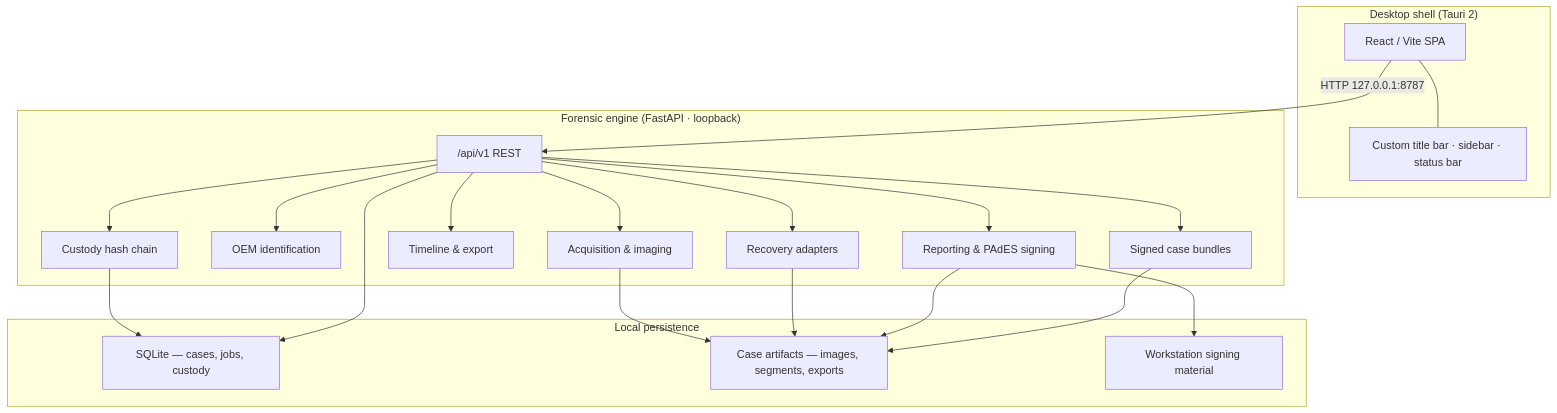
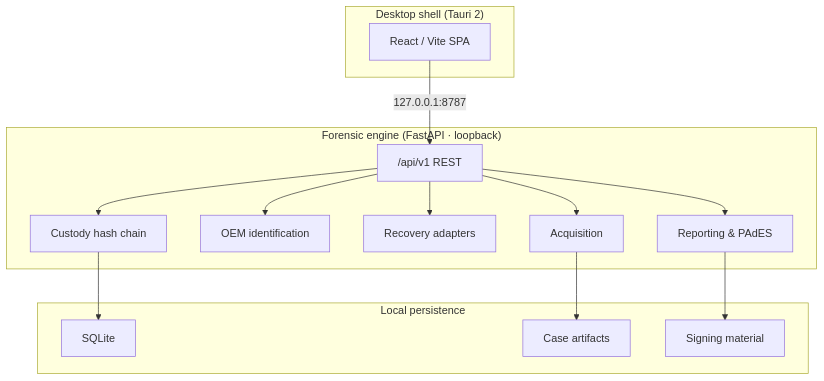
One commit to navneetxdd/Pramaan changed the diagram in README.md. Above: the diagram before and after it, drawn with Mermaid. The commit also changed other lines of this file and 36 other files, not shown here.

````diff
--- a/README.md
+++ b/README.md
@@ -39,41 +91,24 @@
 ```mermaid
 flowchart TB
   subgraph desktop["Desktop shell (Tauri 2)"]
     UI["React / Vite SPA"]
-    TB["Custom title bar · sidebar · status bar"]
-    UI --- TB
   end
-
   subgraph engine["Forensic engine (FastAPI · loopback)"]
     API["/api/v1 REST"]
-    ACQ["Acquisition & imaging"]
+    ACQ["Acquisition"]
     ID["OEM identification"]
     REC["Recovery adapters"]
-    TL["Timeline & export"]
     CUS["Custody hash chain"]
-    REP["Reporting & PAdES signing"]
-    BND["Signed case bundles"]
-    API --> ACQ
-    API --> ID
-    API --> REC
-    API --> TL
-    API --> CUS
-    API --> REP
-    API --> BND
+    REP["Reporting & PAdES"]
   end
-
   subgraph storage["Local persistence"]
-    DB["SQLite — cases, jobs, custody"]
-    ART["Case artifacts — images, segments, exports"]
-    SIG["Workstation signing material"]
+    DB["SQLite"]
+    ART["Case artifacts"]
+    SIG["Signing material"]
   end
-
-  UI -->|"HTTP 127.0.0.1:8787"| API
+  UI -->|"127.0.0.1:8787"| API
+  API --> ACQ & ID & REC & CUS & REP
   ACQ --> ART
-  REC --> ART
-  REP --> ART
   CUS --> DB
-  API --> DB
   REP --> SIG
-  BND --> ART
 ```
````
